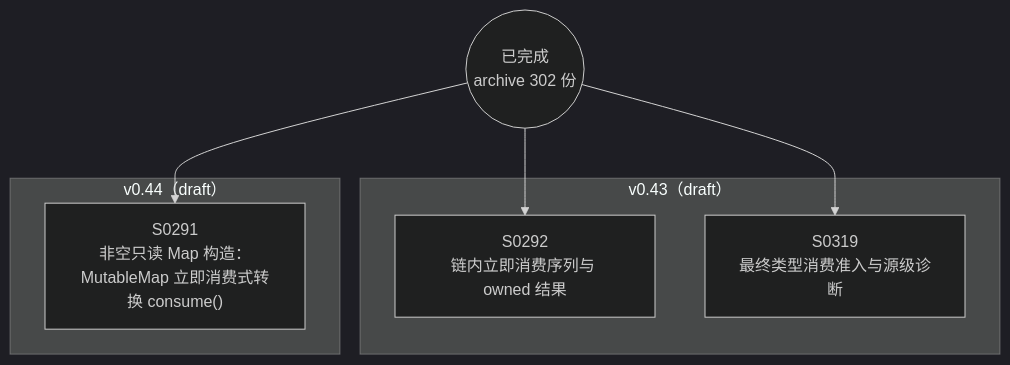
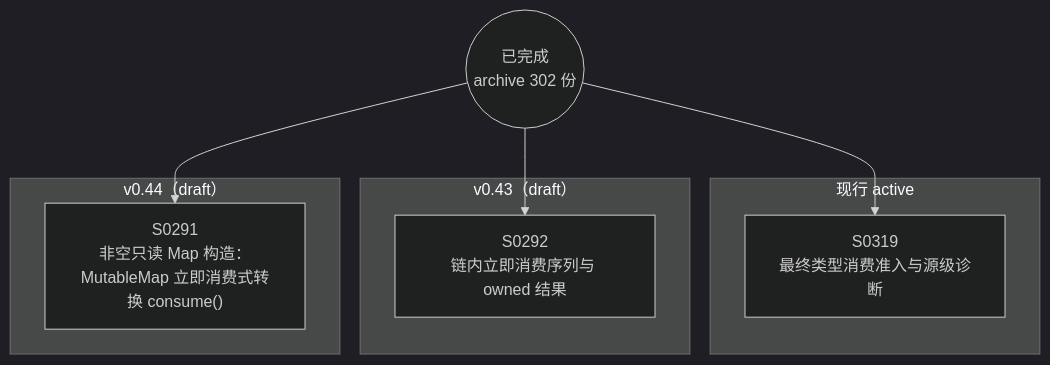
Before and after one commit to Halckon/Koven: the diagram in docs/specs/dependency-graph.md, drawn with Mermaid (dark theme). The commit also changed other lines of this file and 9 other files, not shown here.

````diff
--- a/docs/specs/dependency-graph.md
+++ b/docs/specs/dependency-graph.md
@@ -9,14 +9,16 @@
 ```mermaid
 flowchart TD
 ARCH(("已完成<br/>archive 302 份"))
+subgraph Gactive["现行 active"]
+  S0319["S0319<br/>最终类型消费准入与源级诊断"]
+end
 subgraph Gdrafts_v043["v0.43（draft）"]
   S0292["S0292<br/>链内立即消费序列与 owned 结果"]
-  S0319["S0319<br/>最终类型消费准入与源级诊断"]
 end
 subgraph Gdrafts_v044["v0.44（draft）"]
   S0291["S0291<br/>非空只读 Map 构造：MutableMap 立即消费式转换 consume()"]
 end
 ARCH --> S0291
 ARCH --> S0292
 ARCH --> S0319
 ```
````
